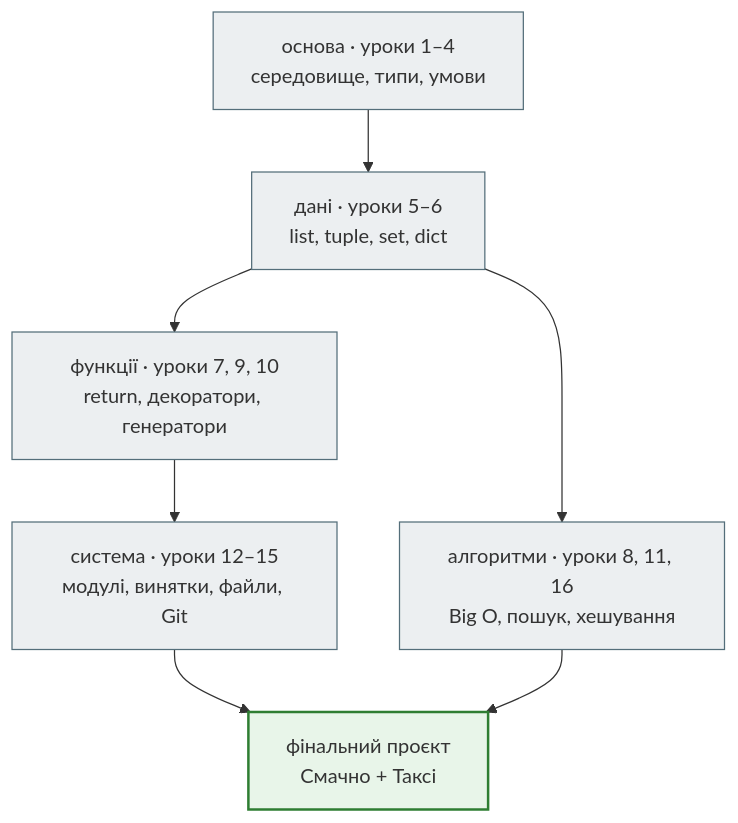
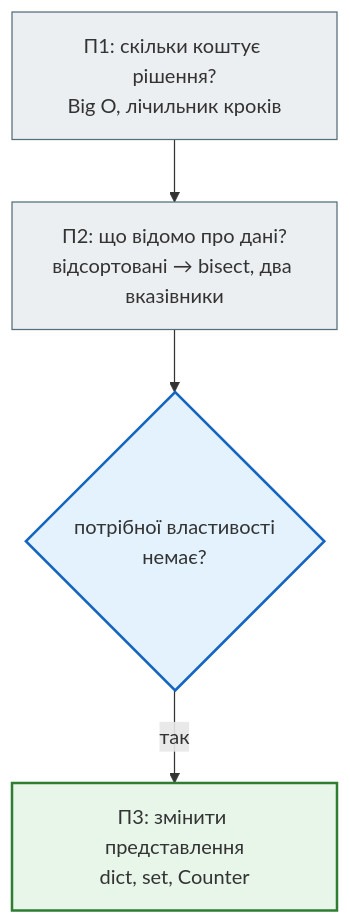
One commit to AlinaRadchenko/PY-Course-Victor-Nikoriak-22-09-2026 changed the first of 3 diagrams in docs/modules/m1/lesson_17.md. Above: the diagram before and after it, drawn with Mermaid. The commit also changed other lines of this file and 1846 other files, not shown here.

````diff
--- a/docs/modules/m1/lesson_17.md
+++ b/docs/modules/m1/lesson_17.md
@@ -24,18 +37,16 @@
 ```mermaid
 flowchart TD
     classDef step     fill:#eceff1,stroke:#546e7a,stroke-width:1px;
     classDef decision fill:#e3f2fd,stroke:#1565c0,stroke-width:2px;
     classDef success  fill:#e8f5e9,stroke:#2e7d32,stroke-width:2px;
     classDef error    fill:#ffebee,stroke:#c62828,stroke-width:3px;
     classDef warning  fill:#fff8e1,stroke:#e65100,stroke-width:2px;
 
-    A["основа · уроки 1–4<br>середовище, типи, умови"] --> B["дані · уроки 5–6<br>list, tuple, set, dict"]
-    B --> C["функції · уроки 7, 9, 10<br>return, декоратори, генератори"]
-    C --> D["система · уроки 12–15<br>модулі, винятки, файли, Git"]
-    B --> E["алгоритми · уроки 8, 11, 16<br>Big O, пошук, хешування"]
-    D --> F["фінальний проєкт<br>Смачно + Таксі"]
-    E --> F
+    P1["П1: скільки коштує рішення?<br>Big O, лічильник кроків"] --> P2["П2: що відомо про дані?<br>відсортовані → bisect, два вказівники"]
+    P2 --> Q{"потрібної властивості<br>немає?"}
+    Q -- "так" --> P3["П3: змінити представлення<br>dict, set, Counter"]
 
-    class A,B,C,D,E step
-    class F success
+    class P1,P2 step
+    class Q decision
+    class P3 success
 ```
````
